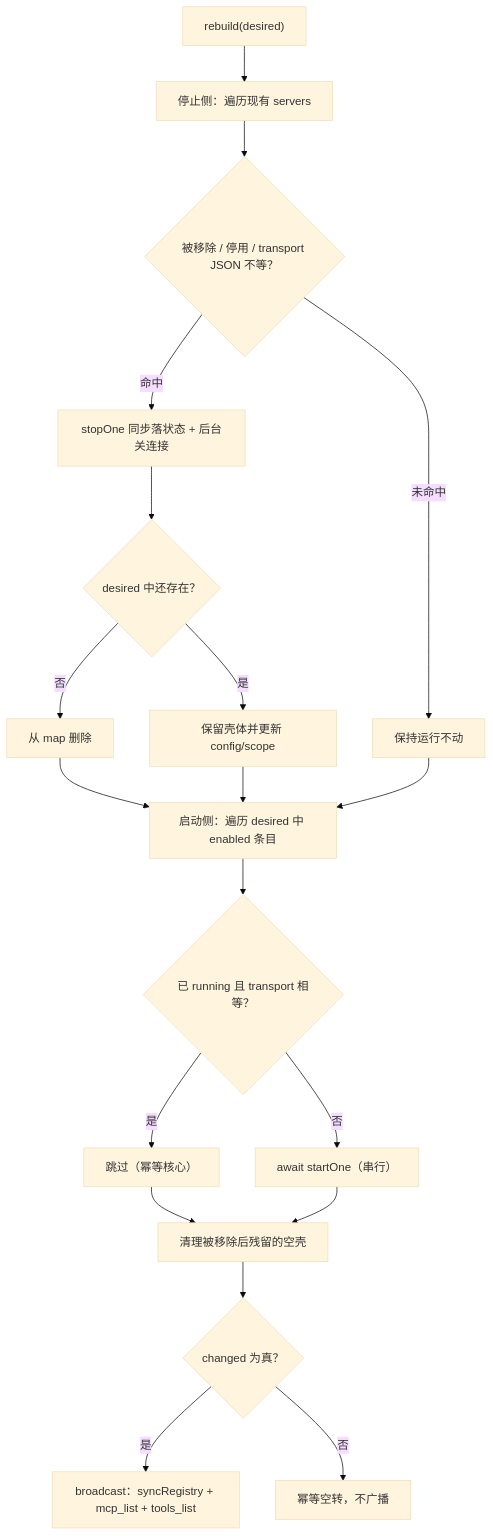
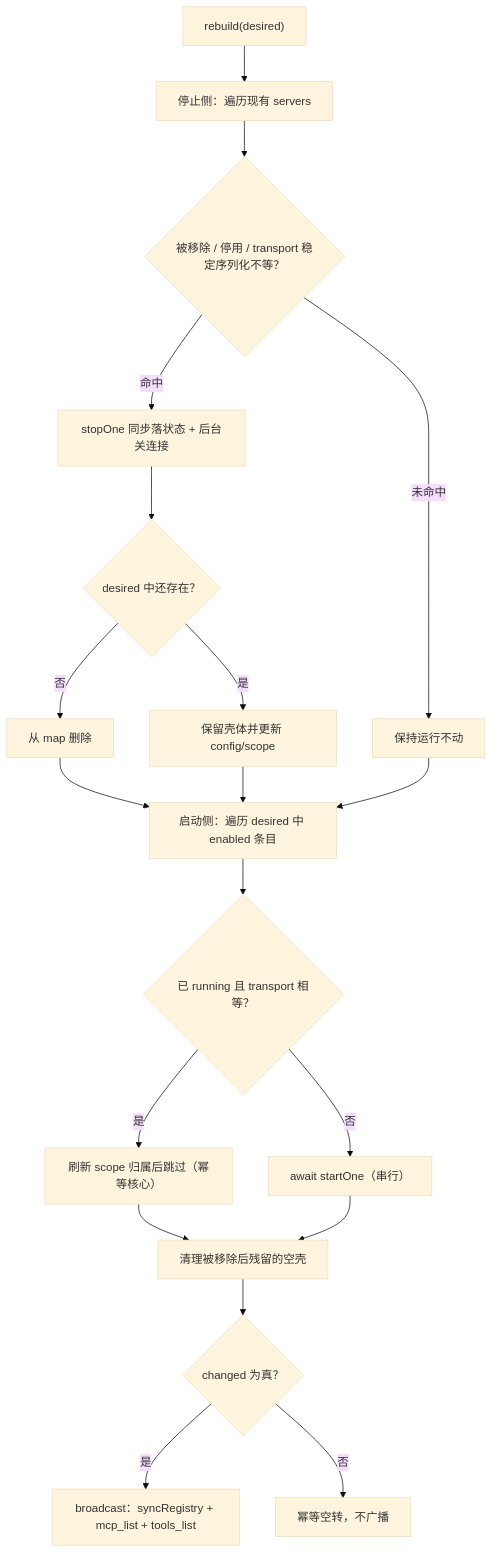
The first of 3 diagrams in docs/versions/0.2/02-设计实现/07-MCP客户端.md (Doggez1G/DogEggAgent), drawn with Mermaid (base theme) before and after one commit. The commit also changed other lines of this file and 39 other files, not shown here.

````diff
--- a/docs/versions/0.2/02-设计实现/07-MCP客户端.md
+++ b/docs/versions/0.2/02-设计实现/07-MCP客户端.md
@@ -112,21 +119,21 @@
 ```mermaid
 flowchart TD
     A["rebuild(desired)"] --> B["停止侧：遍历现有 servers"]
-    B --> C{"被移除 / 停用 / transport JSON 不等？"}
+    B --> C{"被移除 / 停用 / transport 稳定序列化不等？"}
     C -- "命中" --> D["stopOne 同步落状态 + 后台关连接"]
     D --> E{"desired 中还存在？"}
     E -- "否" --> F["从 map 删除"]
     E -- "是" --> G["保留壳体并更新 config/scope"]
     C -- "未命中" --> H["保持运行不动"]
     F --> I["启动侧：遍历 desired 中 enabled 条目"]
     G --> I
     H --> I
     I --> J{"已 running 且 transport 相等？"}
-    J -- "是" --> K["跳过（幂等核心）"]
+    J -- "是" --> K["刷新 scope 归属后跳过（幂等核心）"]
     J -- "否" --> L["await startOne（串行）"]
     K --> M["清理被移除后残留的空壳"]
     L --> M
     M --> N{"changed 为真？"}
     N -- "是" --> O["broadcast：syncRegistry + mcp_list + tools_list"]
     N -- "否" --> P["幂等空转，不广播"]
 ```
````
